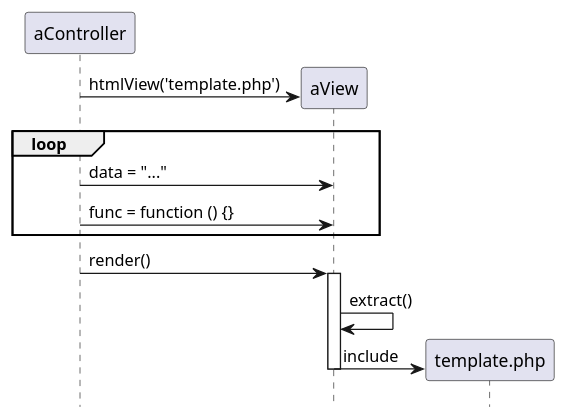
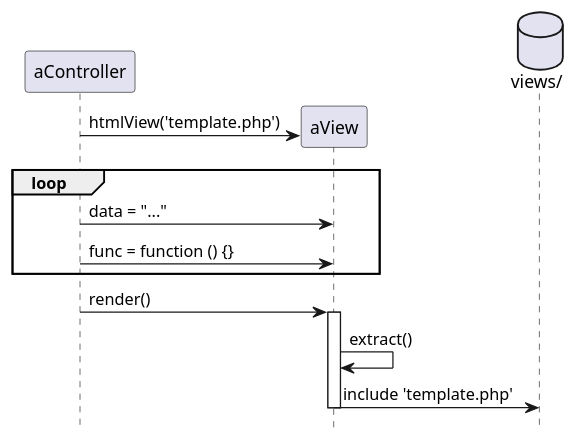
The third of 3 diagrams in docs/index.md (cmb69/pfw_xh), drawn with PlantUML before and after one commit. The commit also changed other lines of this file, not shown here.

```diff
--- a/docs/index.md
+++ b/docs/index.md
@@ -115,22 +115,21 @@
 @startuml
 
 participant "aController" as controller
 participant "aView" as view
-participant "template.php" as template
+database "views/" as views
 
 create view
 controller -> view : htmlView('template.php')
 loop
     controller -> view : data = "..."
     controller -> view : func = function () {}
 end
 controller -> view : render()
 activate view
 view -> view : extract()
-create template
-view -> template : include
+view -> views : include 'template.php'
 deactivate view
 
 hide footbox
 
 @enduml
```
